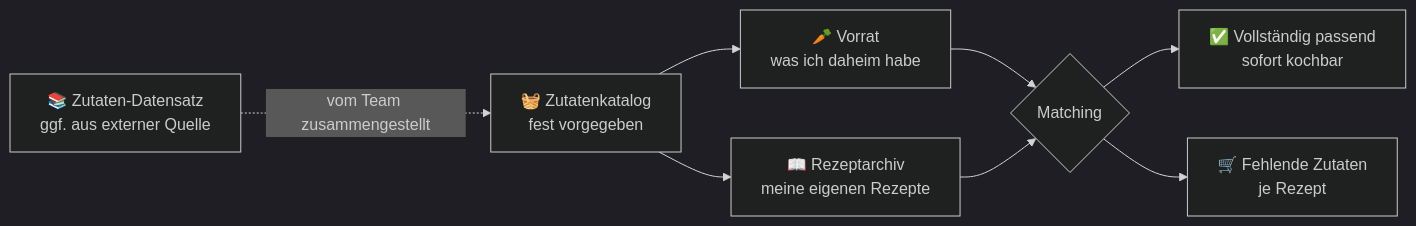
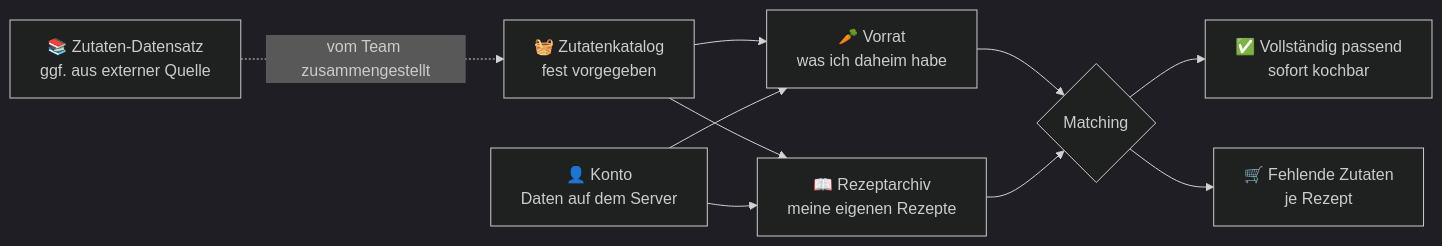
Before and after one commit to NeloBorcram/Jausi: the diagram in README.md, drawn with Mermaid (dark theme). The commit also changed other lines of this file and 8 other files, not shown here.

````diff
--- a/README.md
+++ b/README.md
@@ -42,10 +42,12 @@
 ```mermaid
 flowchart LR
     Q["📚 Zutaten-Datensatz<br/>ggf. aus externer Quelle"] -.->|"vom Team zusammengestellt"| K
     K["🧺 Zutatenkatalog<br/>fest vorgegeben"] --> V["🥕 Vorrat<br/>was ich daheim habe"]
     K --> R["📖 Rezeptarchiv<br/>meine eigenen Rezepte"]
+    U["👤 Konto<br/>Daten auf dem Server"] --> V
+    U --> R
     V --> M{"Matching"}
     R --> M
     M --> P["✅ Vollständig passend<br/>sofort kochbar"]
     M --> F["🛒 Fehlende Zutaten<br/>je Rezept"]
 ```
````
